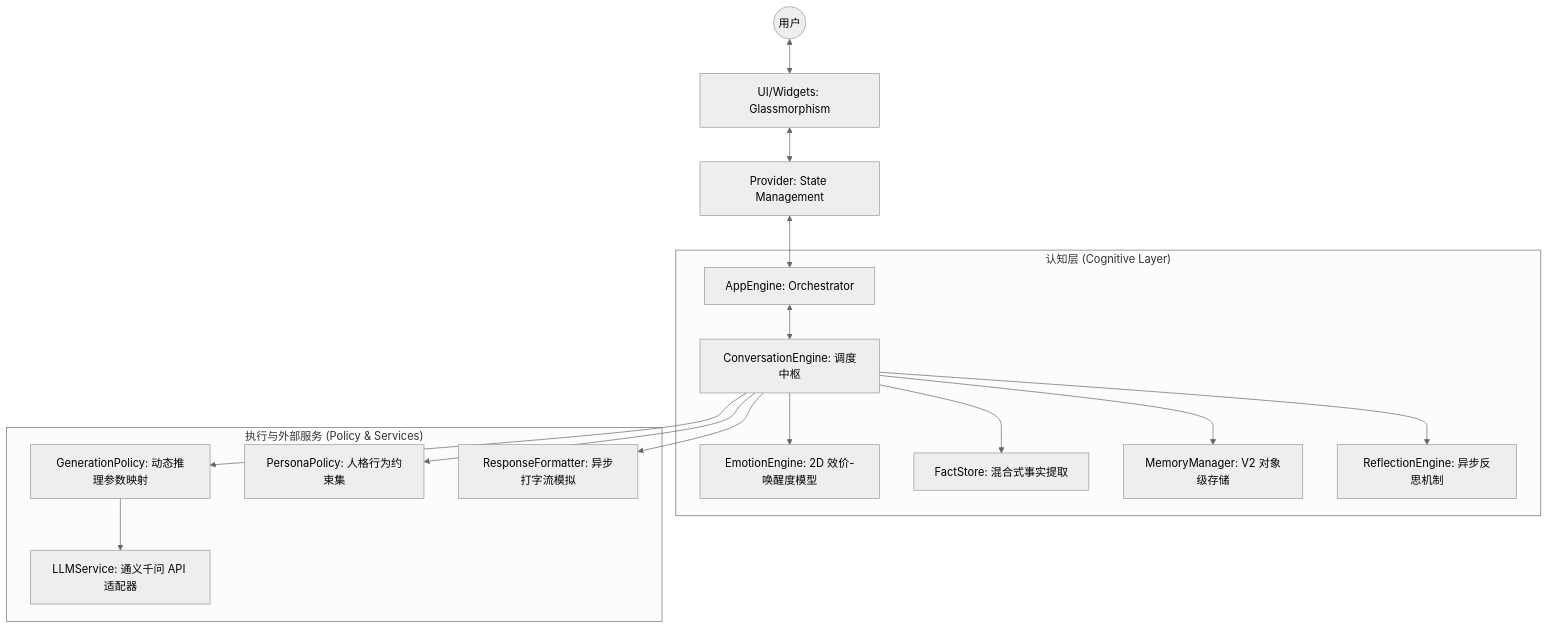
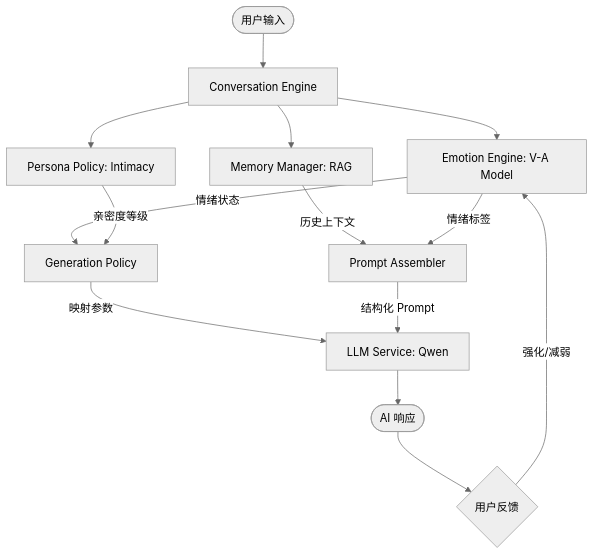
The diagram in README.md (ApolloEddy/AI_Companion), drawn with Mermaid (neutral theme) before and after one commit. The commit also changed other lines of this file and 27 other files, not shown here.

Commit message:
本次提交标志着从“机器人”到“认知型伴侣”的架构转型： 1. 心理动力学建模：将原始 Prompt 拼接重构为受物理参数约束的认知环路。 2. 状态映射机制：实现从情感效价(Valence)到生成熵值(Temperature)的数学映射。 3. 身份感知增强：部署 UserProfile 锚点系统，实现长期交互中的身份一致性。 4. UI 响应式重构：通过 UIAdapter 将视觉资产（字体、布局权重）转化为屏幕宽度感知的动态系统。 5. 环境感知渲染：基于亲密度基调与实时情绪扰动的 HSL 背景融合算法。

````diff
--- a/README.md
+++ b/README.md
@@ -15,21 +25,20 @@
 ```mermaid
 graph TD
-    User((用户)) <--> UI[UI/Widgets: Glassmorphism]
-    UI <--> Provider[Provider: State Management]
-    Provider <--> AE[AppEngine: Orchestrator]
+    User([用户输入]) --> CE[Conversation Engine]
+    CE --> EE[Emotion Engine: V-A Model]
+    CE --> MM[Memory Manager: RAG]
+    CE --> PP[Persona Policy: Intimacy]
     
-    subgraph "认知层 (Cognitive Layer)"
-        AE <--> CE[ConversationEngine: 调度中枢]
-        CE --> EE[EmotionEngine: 2D 效价-唤醒度模型]
-        CE --> FS[FactStore: 混合式事实提取]
-        CE --> MM[MemoryManager: V2 对象级存储]
-        CE --> RE[ReflectionEngine: 异步反思机制]
-    end
+    EE -- 情绪状态 --> GP[Generation Policy]
+    PP -- 亲密度等级 --> GP
     
-    subgraph "执行与外部服务 (Policy & Services)"
-        CE --> GP[GenerationPolicy: 动态推理参数映射]
-        CE --> PP[PersonaPolicy: 人格行为约束集]
-        GP --> LS[LLMService: 通义千问 API 适配器]
-        CE --> RF[ResponseFormatter: 异步打字流模拟]
-    end
+    GP -- 映射参数 --> LLM[LLM Service: Qwen]
+    
+    MM -- 历史上下文 --> PA[Prompt Assembler]
+    EE -- 情绪标签 --> PA
+    PA -- 结构化 Prompt --> LLM
+    
+    LLM --> Response([AI 响应])
+    Response --> Feedback{用户反馈}
+    Feedback -- 强化/减弱 --> EE
 ```
````
